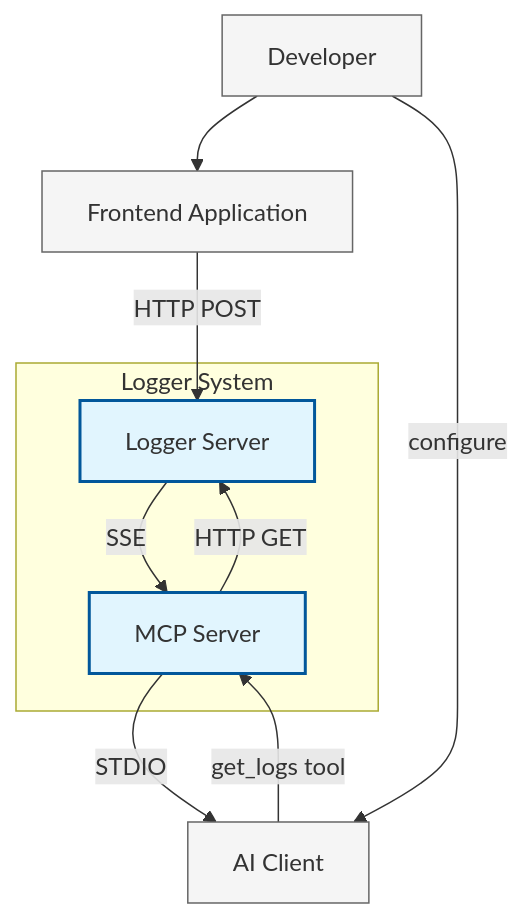
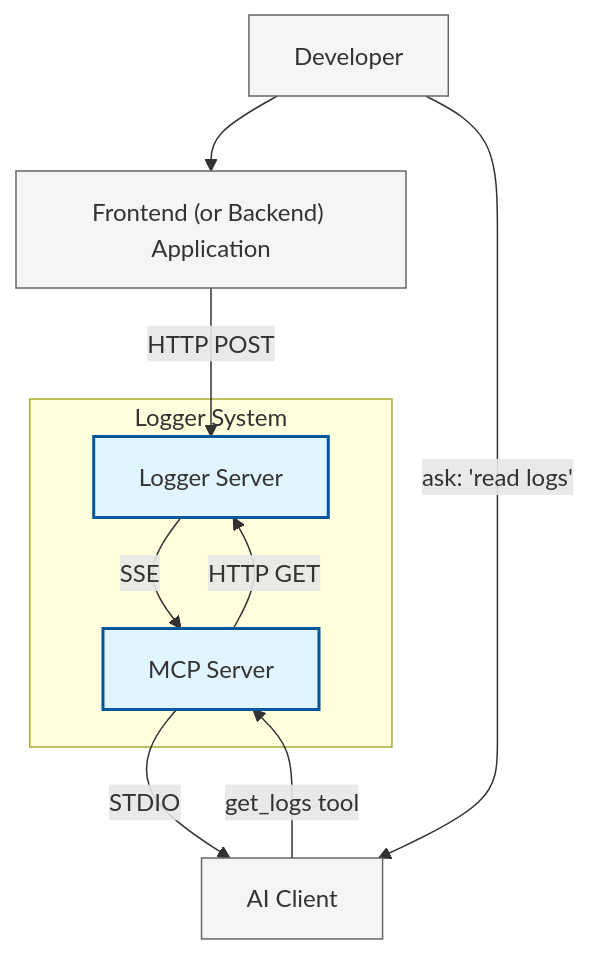
One commit to andkirby/mcp-logger changed the first of 2 diagrams in README.md. Above: the diagram before and after it, drawn with Mermaid.

Commit message:
Update frontend application description in README

````diff
--- a/README.md
+++ b/README.md
@@ -101,26 +101,26 @@
 ```mermaid
 graph TB
     subgraph "Logger System"
         LS["Logger Server"]
         MS["MCP Server"]
     end
 
     user["Developer"]
-    frontend["Frontend Application"]
+    frontend["Frontend (or Backend) Application"]
     claude["AI Client"]
 
     user --> frontend
     frontend -->|"HTTP POST"| LS
     LS -->|"SSE"| MS
     MS -->|"STDIO"| claude
 
-    user -->|"configure"| claude
+    user -->|"ask: 'read logs'"| claude
     claude -->|"get_logs tool"| MS
     MS -->|"HTTP GET"| LS
 
     classDef system fill:#e1f5fe,stroke:#01579b,stroke-width:2px
     classDef external fill:#f5f5f5,stroke:#666,stroke-width:1px
 
     class LS,MS system
     class user,frontend,claude external
 ```
````
